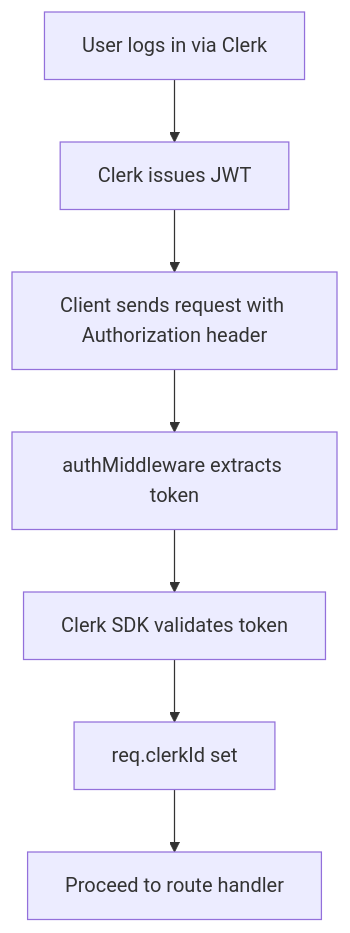
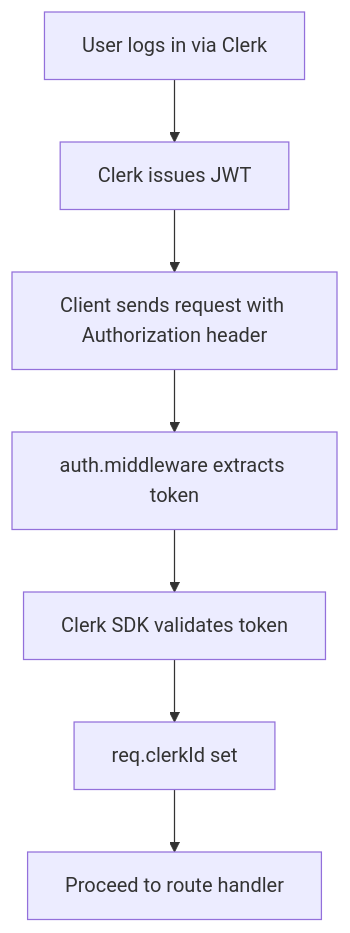
The second of 3 diagrams in docs/ARCHITECTURE.md (EnPassant-Chess-Forum-ABESEC/En-Passant-Backend), drawn with Mermaid before and after one commit. The commit also changed other lines of this file and 23 other files, not shown here.

````diff
--- a/docs/ARCHITECTURE.md
+++ b/docs/ARCHITECTURE.md
@@ -102,9 +102,9 @@
 ```mermaid
 flowchart TD
     A[User logs in via Clerk] --> B[Clerk issues JWT]
     B --> C[Client sends request with Authorization header]
-    C --> D[authMiddleware extracts token]
+    C --> D[auth.middleware extracts token]
     D --> E[Clerk SDK validates token]
     E --> F[req.clerkId set]
     F --> G[Proceed to route handler]
 ```
````
